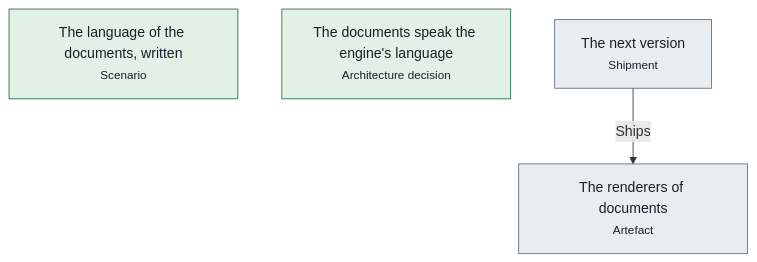
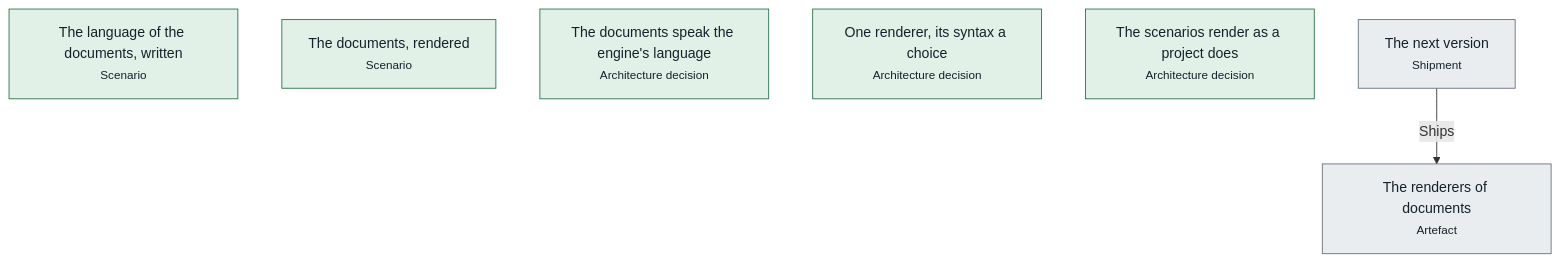
One commit to advancedcognitivesystems-ai/trame changed the first of 2 diagrams in libs/documents/docs/pipelines.md. Above: the diagram before and after it, drawn with Mermaid. The commit also changed other lines of this file and 287 other files, not shown here.

First line of the commit message:
The renderers move into libs/documents (0.2.0); std 0.30.0 holds Trame's reference syntax

````diff
--- a/libs/documents/docs/pipelines.md
+++ b/libs/documents/docs/pipelines.md
@@ -15,13 +15,16 @@
 ```mermaid
 flowchart TB
   n0["The renderers of documents<br/><small>Artefact</small>"]:::unknown
   n1["The language of the documents, written<br/><small>Scenario</small>"]:::held
-  n2["The documents speak the engine's language<br/><small>Architecture decision</small>"]:::held
-  n3["The next version<br/><small>Shipment</small>"]:::unknown
-  n3 -->|Ships| n0
+  n2["The documents, rendered<br/><small>Scenario</small>"]:::held
+  n3["The documents speak the engine's language<br/><small>Architecture decision</small>"]:::held
+  n4["One renderer, its syntax a choice<br/><small>Architecture decision</small>"]:::held
+  n5["The scenarios render as a project does<br/><small>Architecture decision</small>"]:::held
+  n6["The next version<br/><small>Shipment</small>"]:::unknown
+  n6 -->|Ships| n0
   classDef held fill:#e1f1e7,stroke:#26734a,color:#17202a
   classDef blocked fill:#fbf0d9,stroke:#9a6200,color:#17202a
   classDef violated fill:#f9e3e1,stroke:#ad2a22,color:#17202a
   classDef unknown fill:#e9edf0,stroke:#65707c,color:#17202a
   classDef neutral fill:#ffffff,stroke:#5a6672,color:#17202a
 ```
````
